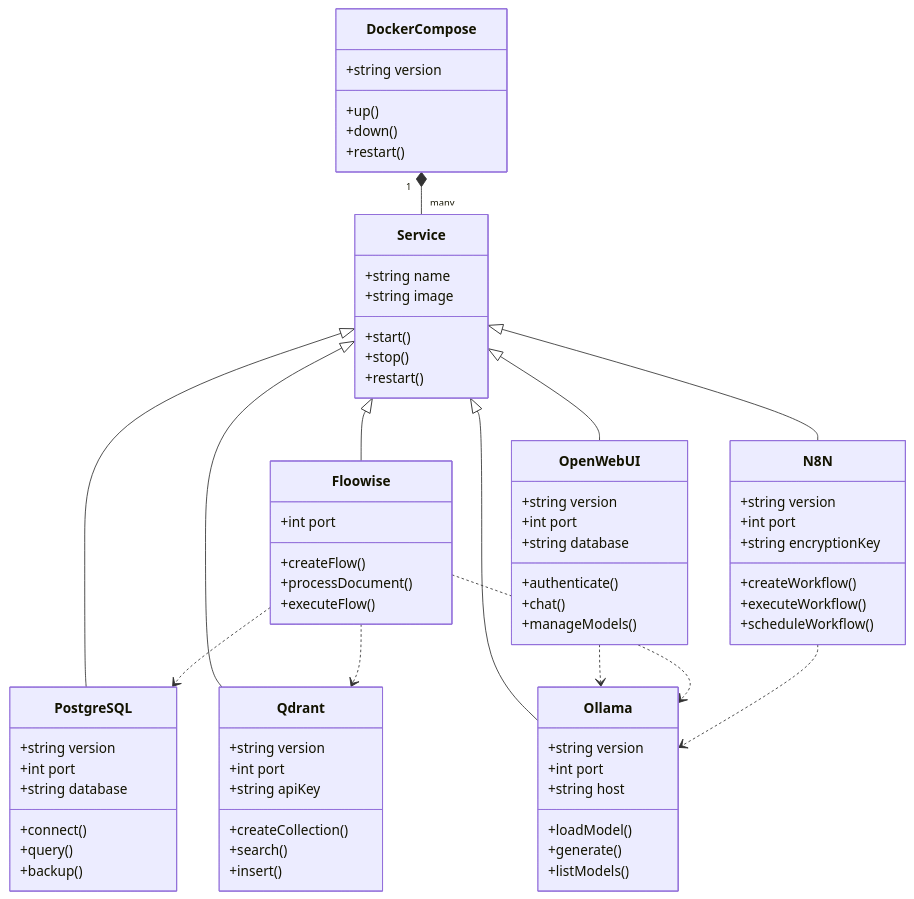
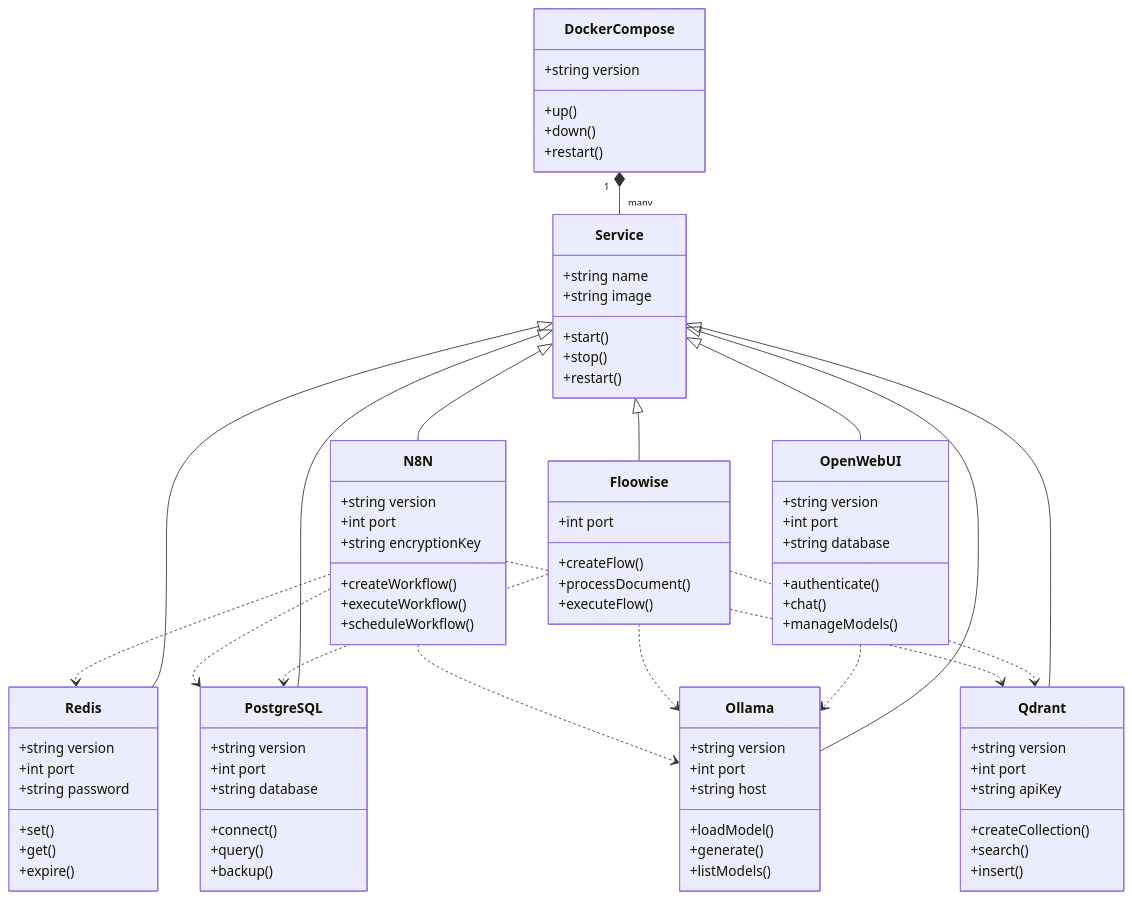
The sixth of 8 diagrams in README.md (EdissonGirald0/laboratorioAI), drawn with Mermaid before and after one commit. The commit also changed other lines of this file and 16 other files, not shown here.

````diff
--- a/README.md
+++ b/README.md
@@ -209,6 +400,15 @@
         +connect()
         +query()
         +backup()
+    }
+    
+    class Redis {
+        +string version
+        +int port
+        +string password
+        +set()
+        +get()
+        +expire()
     }
     
     class Qdrant {
@@ -256,6 +456,7 @@
     
     DockerCompose "1" *-- "many" Service
     Service <|-- PostgreSQL
+    Service <|-- Redis
     Service <|-- Qdrant
     Service <|-- Ollama
     Service <|-- OpenWebUI
@@ -267,4 +468,7 @@
     Floowise ..> Qdrant
     Floowise ..> Ollama
     N8N ..> Ollama
+    N8N ..> PostgreSQL
+    N8N ..> Redis
+    N8N ..> Qdrant
 ```
````
